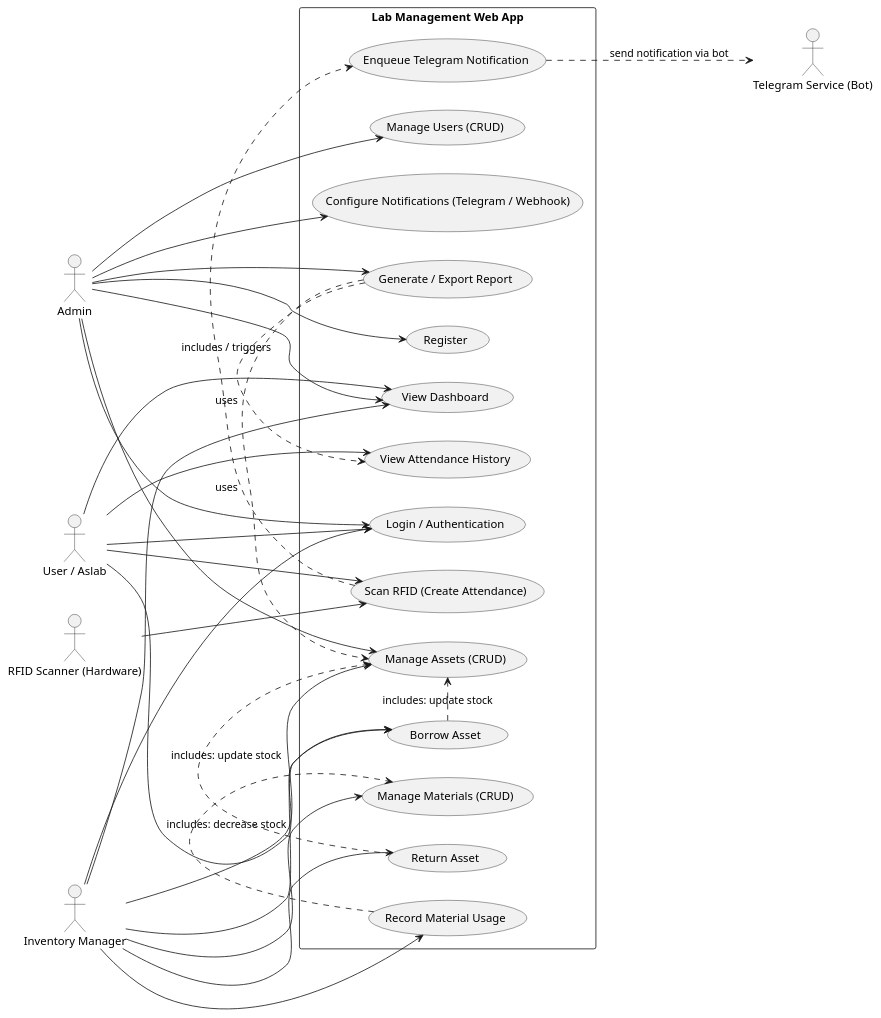
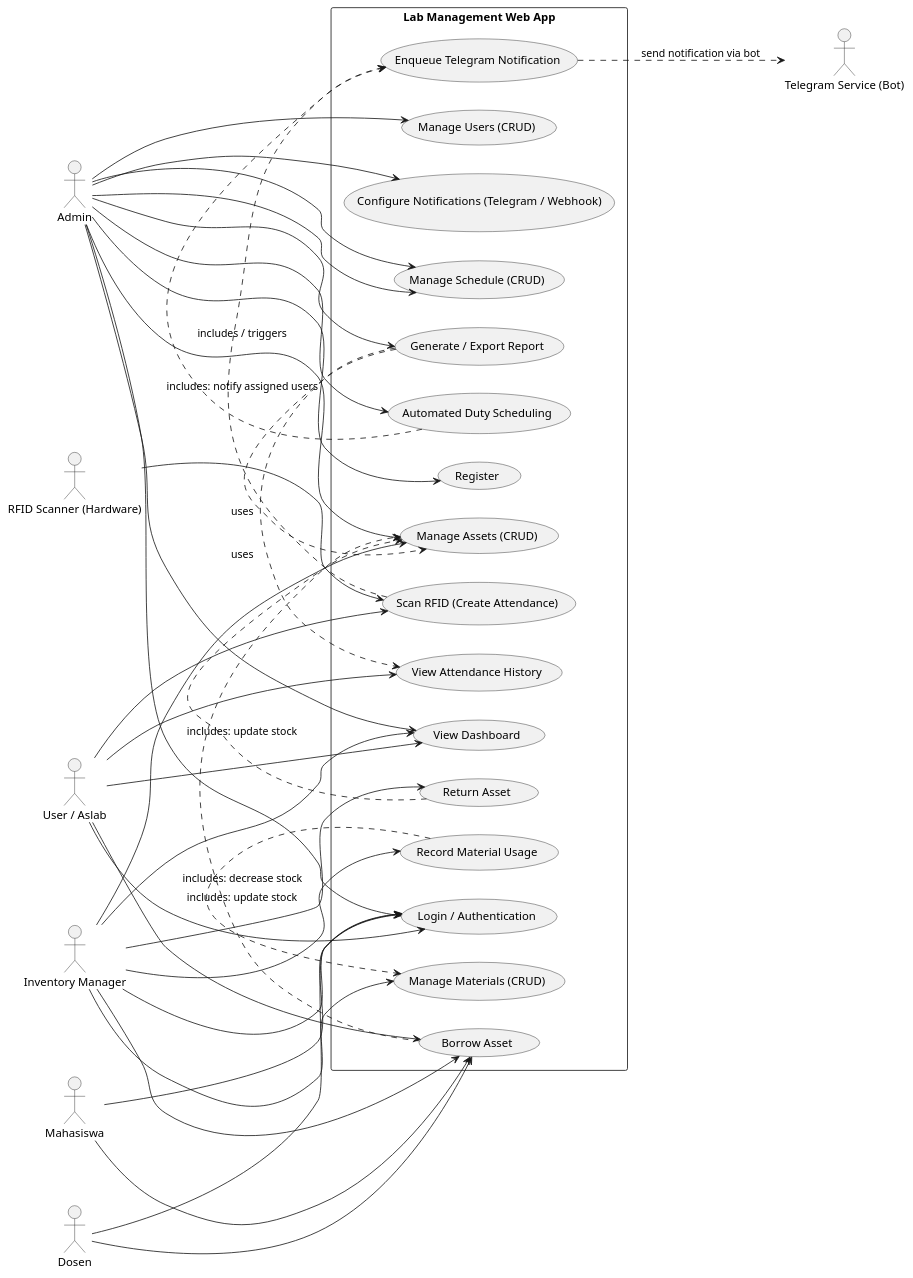
Before and after one commit to zalzdarkent/absensi_aslab_react: the diagram in docs/diagrams/usecase_lab_system.puml, drawn with PlantUML. The commit also changed 3 other files, not shown here.

Commit message:
feat: Enhance documentation for automated duty scheduling and update use case diagrams

```diff
--- a/docs/diagrams/usecase_lab_system.puml
+++ b/docs/diagrams/usecase_lab_system.puml
@@ -1,66 +1,78 @@
 @startuml
 ' Use Case Diagram for Lab Management Web App
 left to right direction
 skinparam packageStyle rectangle
 
 actor Admin
 actor "User / Aslab" as Aslab
 actor "Inventory Manager" as InvMgr
 actor "RFID Scanner (Hardware)" as Scanner
 actor "Telegram Service (Bot)" as Telegram
+actor Mahasiswa
+actor Dosen
 
 rectangle "Lab Management Web App" {
   usecase UC_Login as "Login / Authentication"
   usecase UC_Register as "Register"
   usecase UC_ViewDashboard as "View Dashboard"
   usecase UC_ViewAttendance as "View Attendance History"
   usecase UC_ScanRFID as "Scan RFID (Create Attendance)"
   usecase UC_ManageUsers as "Manage Users (CRUD)"
   usecase UC_ManageAssets as "Manage Assets (CRUD)"
   usecase UC_BorrowAsset as "Borrow Asset"
   usecase UC_ReturnAsset as "Return Asset"
   usecase UC_ManageMaterials as "Manage Materials (CRUD)"
   usecase UC_UseMaterial as "Record Material Usage"
   usecase UC_GenerateReport as "Generate / Export Report"
   usecase UC_ConfigureNotifications as "Configure Notifications (Telegram / Webhook)"
+  usecase UC_ManageSchedule as "Manage Schedule (CRUD)"
+  usecase UC_AutoSchedule as "Automated Duty Scheduling"
   usecase UC_SendTelegram as "Enqueue Telegram Notification"
 }
 
 Admin --> UC_Login
 Admin --> UC_Register
 Admin --> UC_ViewDashboard
 Admin --> UC_ManageUsers
 Admin --> UC_ManageAssets
 Admin --> UC_GenerateReport
 Admin --> UC_ConfigureNotifications
+Admin --> UC_ManageSchedule
+Admin --> UC_AutoSchedule
 
 Aslab --> UC_Login
 Aslab --> UC_ViewDashboard
 Aslab --> UC_ViewAttendance
 Aslab --> UC_ScanRFID
 Aslab --> UC_BorrowAsset
+Mahasiswa --> UC_Login
+Mahasiswa --> UC_BorrowAsset
+Dosen --> UC_Login
+Dosen --> UC_BorrowAsset
 
 InvMgr --> UC_Login
 InvMgr --> UC_ViewDashboard
 InvMgr --> UC_ManageAssets
 InvMgr --> UC_BorrowAsset
 InvMgr --> UC_ReturnAsset
 InvMgr --> UC_ManageMaterials
 InvMgr --> UC_UseMaterial
 
 Scanner --> UC_ScanRFID
+Admin --> UC_ManageSchedule
 
 UC_ScanRFID .> UC_SendTelegram : "includes / triggers"
 UC_BorrowAsset .> UC_ManageAssets : "includes: update stock"
 UC_ReturnAsset .> UC_ManageAssets : "includes: update stock"
 UC_UseMaterial .> UC_ManageMaterials : "includes: decrease stock"
 UC_GenerateReport .> UC_ViewAttendance : "uses"
 UC_GenerateReport .> UC_ManageAssets : "uses"
+UC_AutoSchedule .> UC_SendTelegram : "includes: notify assigned users"
 UC_SendTelegram ..> Telegram : "send notification via bot"
 
 ' note right of UC_SendTelegram
 '   Telegram notifications are typically
 '   enqueued and processed by a background worker
 ' end note
 
 @enduml
```
